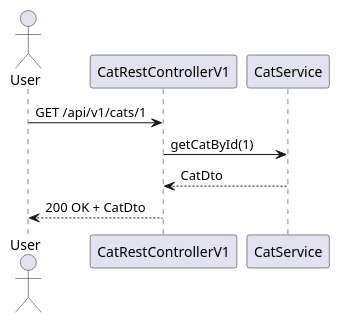
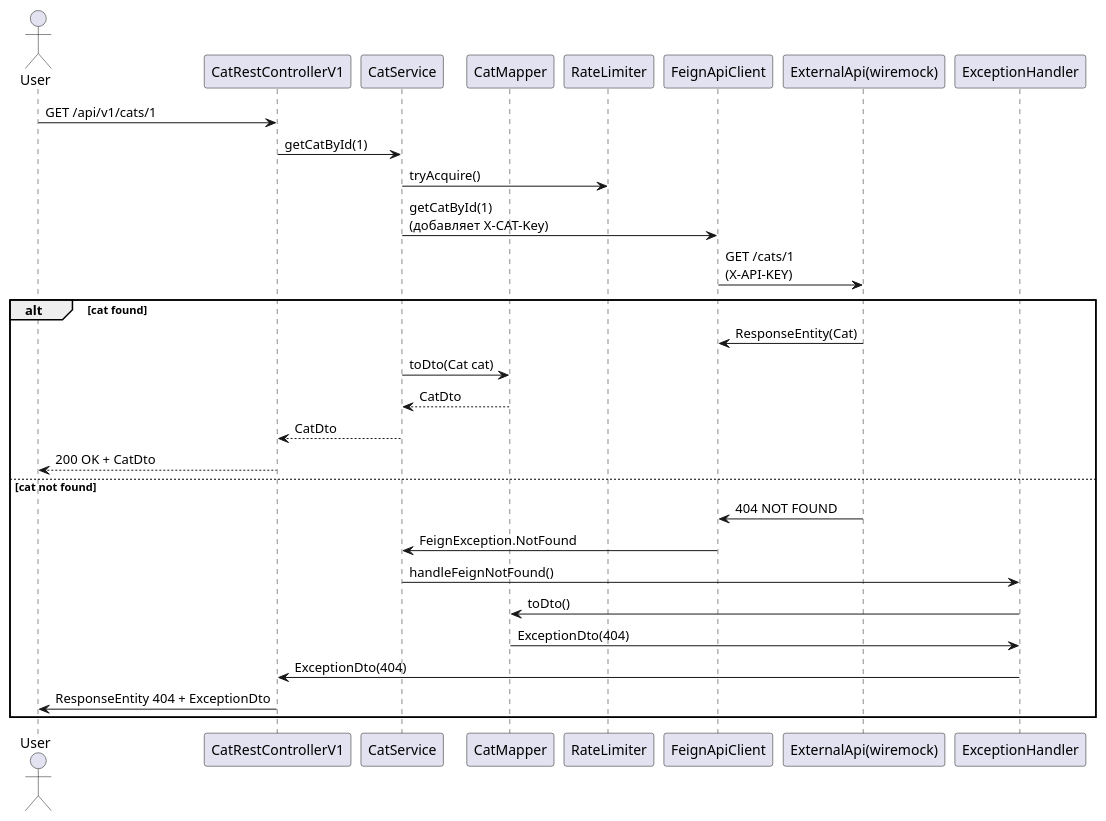
The diagram in sequence-diagram.puml (Alex-Surkov/WeqApiIntegration), drawn with PlantUML before and after one commit. The commit also changed 1 other file, not shown here.

Commit message:
Sequence diagram ready

```diff
--- a/sequence-diagram.puml
+++ b/sequence-diagram.puml
@@ -1,9 +1,31 @@
-@startuml
+@startuml CatIntegration_Sequence
 actor User
 participant "CatRestControllerV1" as Controller
 participant "CatService" as Service
+participant "CatMapper" as mapper
+participant "RateLimiter" as limiter
+participant "FeignApiClient" as feignClient
+participant "ExternalApi(wiremock)"
+participant "ExceptionHandler"
 User -> Controller : GET /api/v1/cats/1
+
 Controller -> Service : getCatById(1)
-Service --> Controller : CatDto
-Controller --> User : 200 OK + CatDto
+Service -> limiter : tryAcquire()
+Service -> feignClient : getCatById(1) \n(добавляет X-CAT-Key)
+feignClient -> "ExternalApi(wiremock)" : GET /cats/1 \n(X-API-KEY)
+    alt cat found
+    "ExternalApi(wiremock)" -> feignClient : ResponseEntity(Cat)
+    Service -> mapper : toDto(Cat cat)
+    mapper ---> Service : CatDto
+    Service --> Controller : CatDto
+    Controller --> User : 200 OK + CatDto
+else cat not found
+    "ExternalApi(wiremock)" -> feignClient : 404 NOT FOUND
+    feignClient -> Service : FeignException.NotFound
+    Service -> "ExceptionHandler" : handleFeignNotFound()
+    "ExceptionHandler" -> mapper : toDto()
+    mapper -> "ExceptionHandler" : ExceptionDto(404)
+    "ExceptionHandler" -> Controller : ExceptionDto(404)
+    Controller -> User : ResponseEntity 404 + ExceptionDto
+end
 @enduml
```
